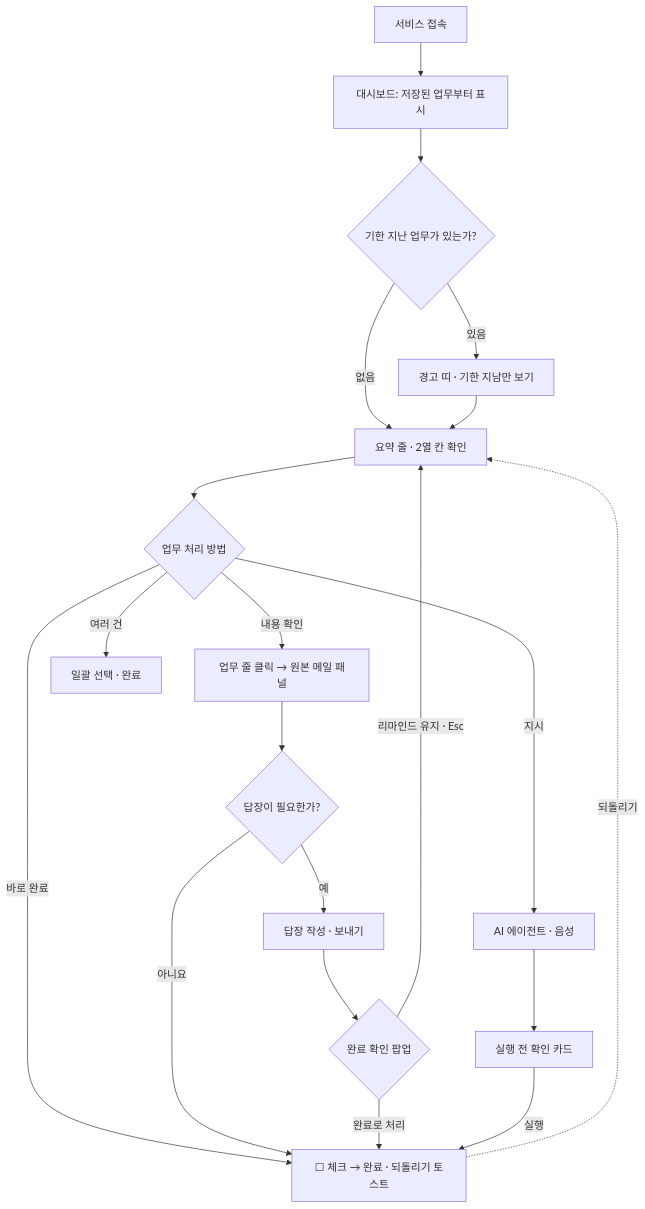
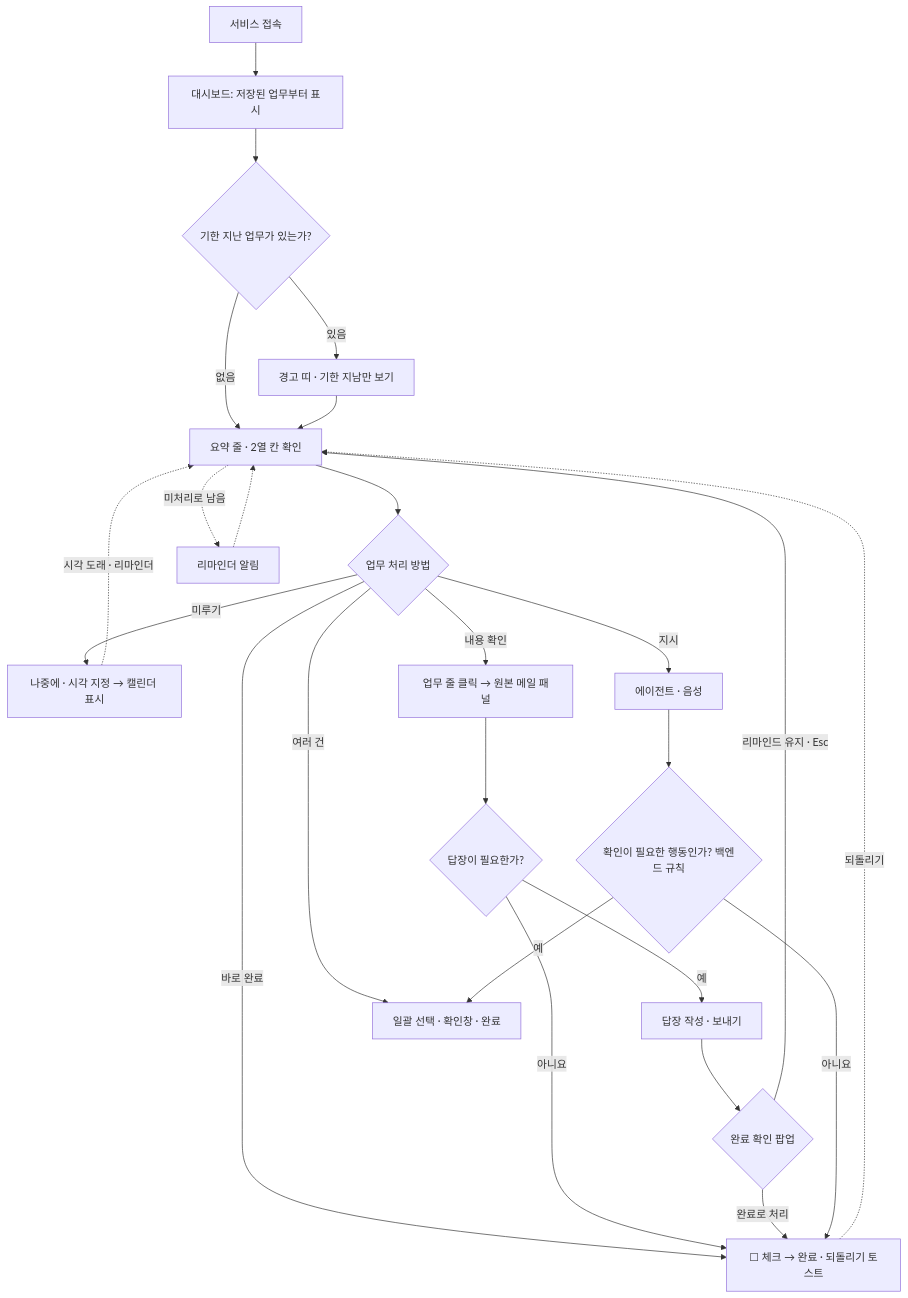
One commit to dlwodns/Teamproject_6 changed the second of 5 diagrams in docs/00_common/architecture.md. Above: the diagram before and after it, drawn with Mermaid. The commit also changed other lines of this file and 4 other files, not shown here.

Commit message:
docs: PL-1 PRD v3.1 · 구조도 v3.1 · handoff 갱신, 서비스 경로 외부 LLM 설정 제거

````diff
--- a/docs/00_common/architecture.md
+++ b/docs/00_common/architecture.md
@@ -94,22 +117,26 @@
 ```mermaid
 flowchart TD
   A[서비스 접속] --> B[대시보드: 저장된 업무부터 표시]
   B --> C{기한 지난 업무가 있는가?}
   C -- 있음 --> W[경고 띠 · 기한 지남만 보기]
   C -- 없음 --> D[요약 줄 · 2열 칸 확인]
   W --> D
   D --> E{업무 처리 방법}
   E -- 바로 완료 --> F[☐ 체크 → 완료 · 되돌리기 토스트]
+  E -- 미루기 --> S[나중에 · 시각 지정 → 캘린더 표시]
+  S -. 시각 도래 · 리마인더 .-> D
   E -- 내용 확인 --> G[업무 줄 클릭 → 원본 메일 패널]
   G --> H{답장이 필요한가?}
   H -- 아니요 --> F
   H -- 예 --> I[답장 작성 · 보내기]
   I --> J{완료 확인 팝업}
   J -- 완료로 처리 --> F
   J -- 리마인드 유지 · Esc --> D
-  E -- 여러 건 --> K[일괄 선택 · 완료]
-  E -- 지시 --> L[AI 에이전트 · 음성]
-  L --> M[실행 전 확인 카드]
-  M -- 실행 --> F
+  E -- 여러 건 --> K[일괄 선택 · 확인창 · 완료]
+  E -- 지시 --> L[에이전트 · 음성]
+  L --> M{확인이 필요한 행동인가? 백엔드 규칙}
+  M -- 아니요 --> F
+  M -- 예 --> K
   F -. 되돌리기 .-> D
+  D -. 미처리로 남음 .-> R[리마인더 알림] -.-> D
 ```
````
